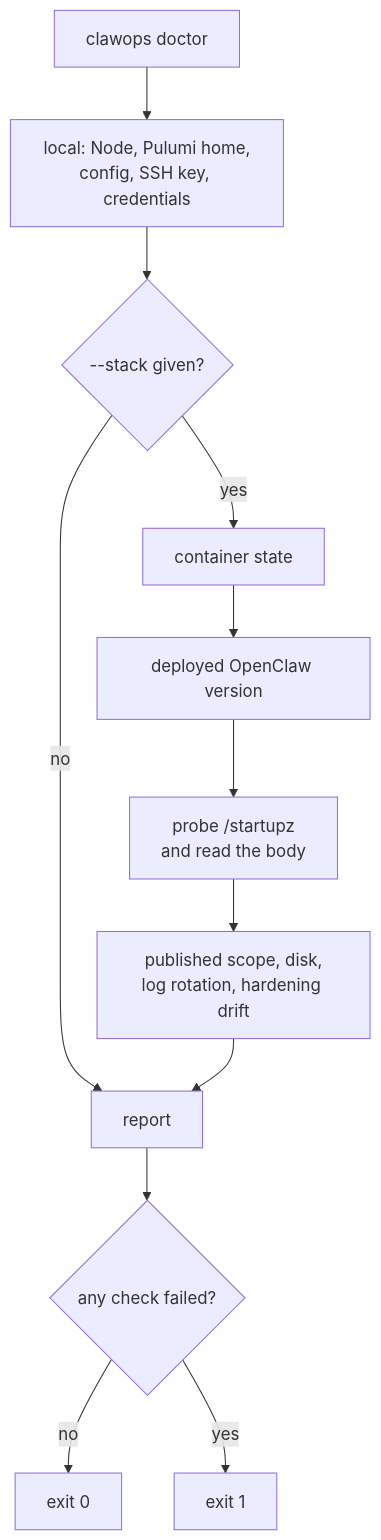
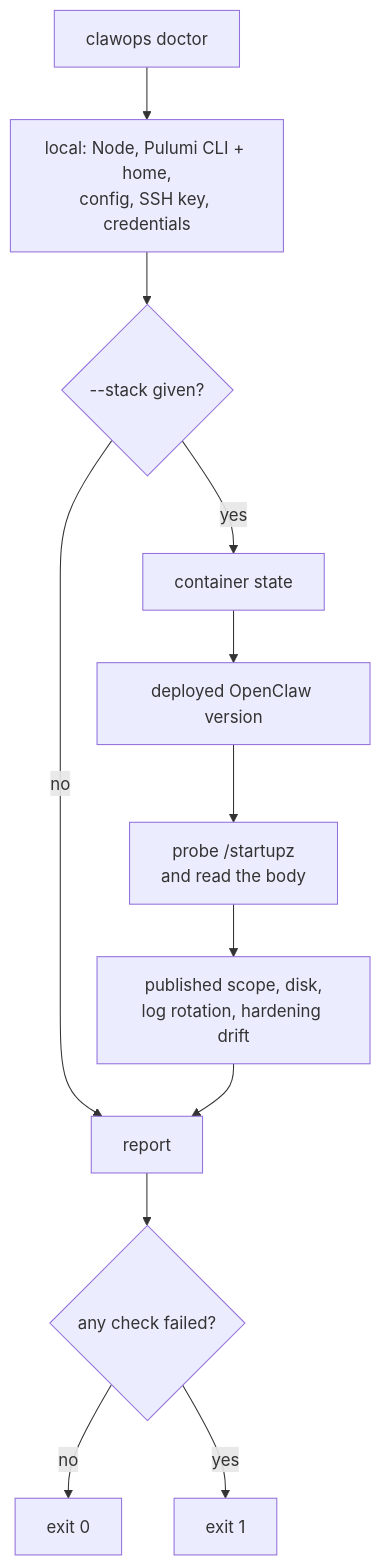
One commit to dfridkin/clawops changed the eighth of 11 diagrams in README.md. Above: the diagram before and after it, drawn with Mermaid. The commit also changed other lines of this file and 16 other files, not shown here.

First line of the commit message:
fix: install the Pulumi CLI instead of assuming one (#103)

````diff
--- a/README.md
+++ b/README.md
@@ -386,14 +401,14 @@
 ```mermaid
 flowchart TD
-    A["clawops doctor"] --> B["local: Node, Pulumi home,<br/>config, SSH key, credentials"]
+    A["clawops doctor"] --> B["local: Node, Pulumi CLI + home,<br/>config, SSH key, credentials"]
     B --> C{"--stack given?"}
     C -- no --> Z["report"]
     C -- yes --> D["container state"]
     D --> E["deployed OpenClaw version"]
     E --> F["probe /startupz<br/>and read the body"]
     F --> G["published scope, disk,<br/>log rotation, hardening drift"]
     G --> Z
     Z --> Y{"any check failed?"}
     Y -- no --> Y1["exit 0"]
     Y -- yes --> Y2["exit 1"]
 ```
````
